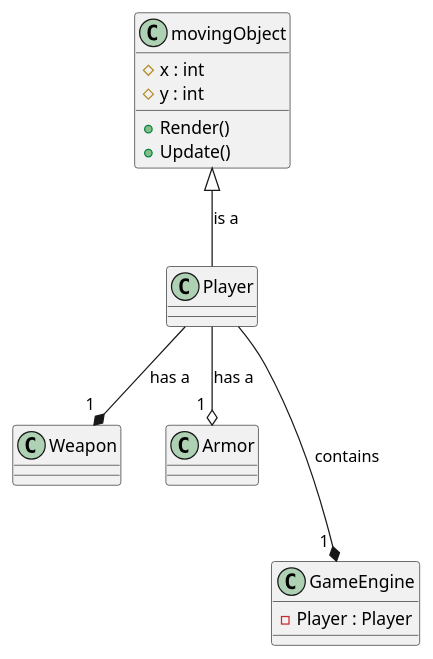
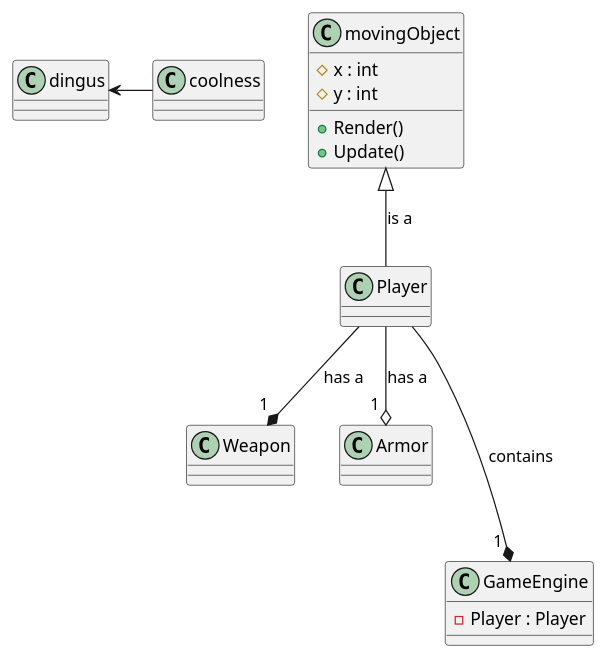
One commit to NoahHakansson/SE-PA1460 changed the diagram in diagram.pu. Above: the diagram before and after it, drawn with PlantUML. The commit also changed 1 other file, not shown here.

Commit message:
Dingus var här

```diff
--- a/diagram.pu
+++ b/diagram.pu
@@ -1,19 +1,23 @@
 @startuml testGameDiagram
 class movingObject{
     #x : int
     #y : int
     +Render()
     +Update()
 }
 class Player
 class Weapon
 class Armor
 class GameEngine
+class dingus 
+class coolness
 
 movingObject <|-- Player: is a
 Player --* " 1 " Weapon: has a
 Player --o " 1 "Armor: has a
 Player ---* " 1 " GameEngine: contains
 
+dingus <- coolness
+
 GameEngine : -Player : Player
 @enduml
```
